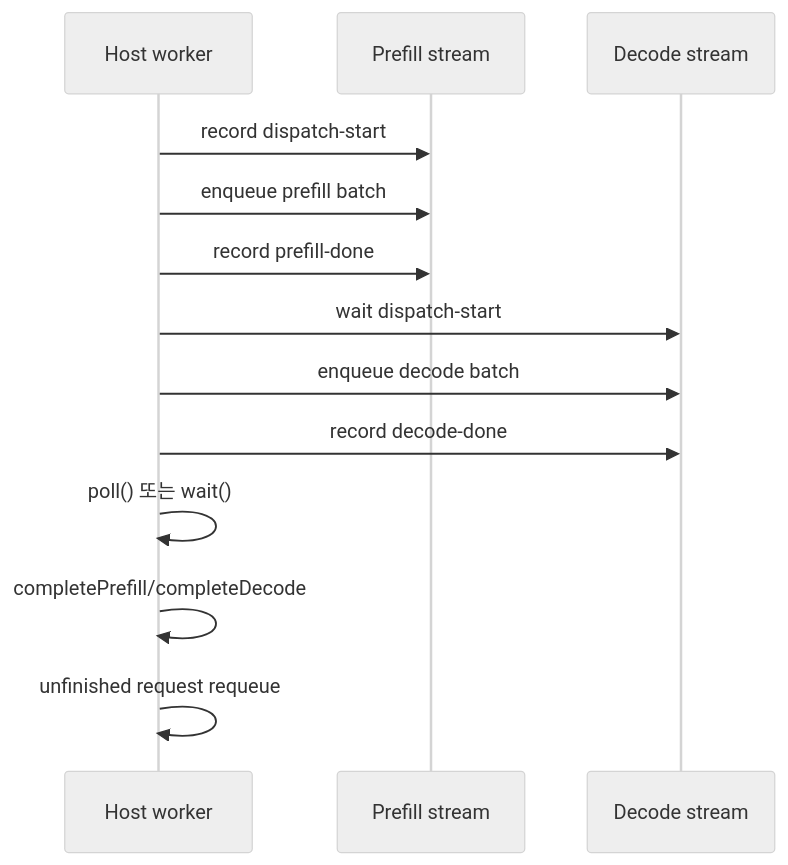
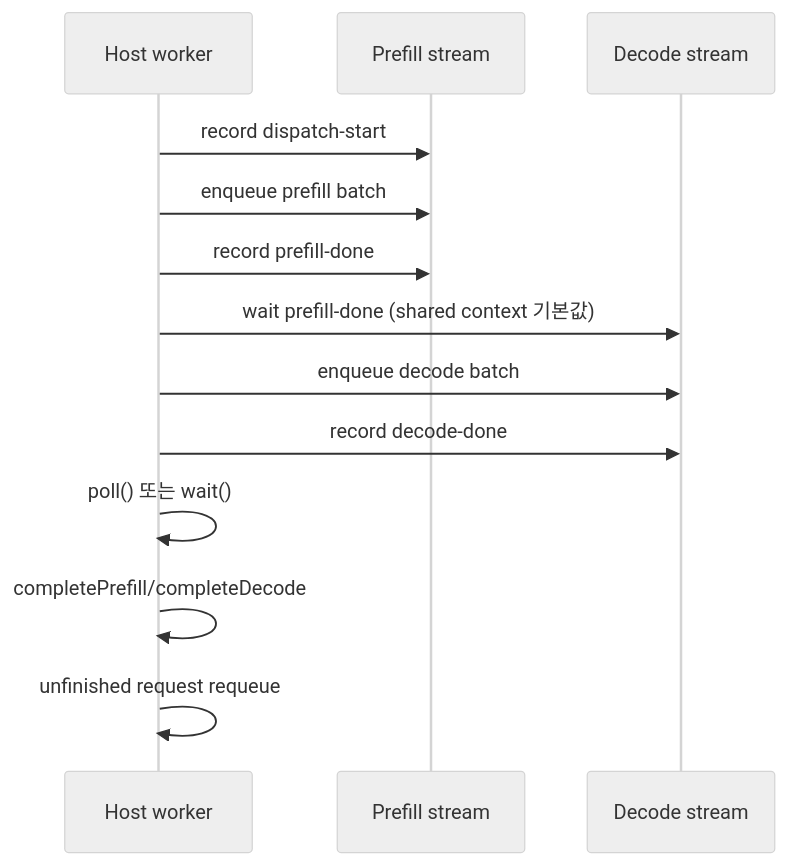
The second of 2 diagrams in notes/10-phase-dispatch-worker.md (guswns531/TensorRT-Edge-LLM), drawn with Mermaid (neutral theme) before and after one commit. The commit also changed other lines of this file and 11 other files, not shown here.

````diff
--- a/notes/10-phase-dispatch-worker.md
+++ b/notes/10-phase-dispatch-worker.md
@@ -48,15 +48,15 @@
 ```mermaid
 sequenceDiagram
     participant H as Host worker
     participant P as Prefill stream
     participant D as Decode stream
     H->>P: record dispatch-start
     H->>P: enqueue prefill batch
     H->>P: record prefill-done
-    H->>D: wait dispatch-start
+    H->>D: wait prefill-done (shared context 기본값)
     H->>D: enqueue decode batch
     H->>D: record decode-done
     H->>H: poll() 또는 wait()
     H->>H: completePrefill/completeDecode
     H->>H: unfinished request requeue
 ```
````
